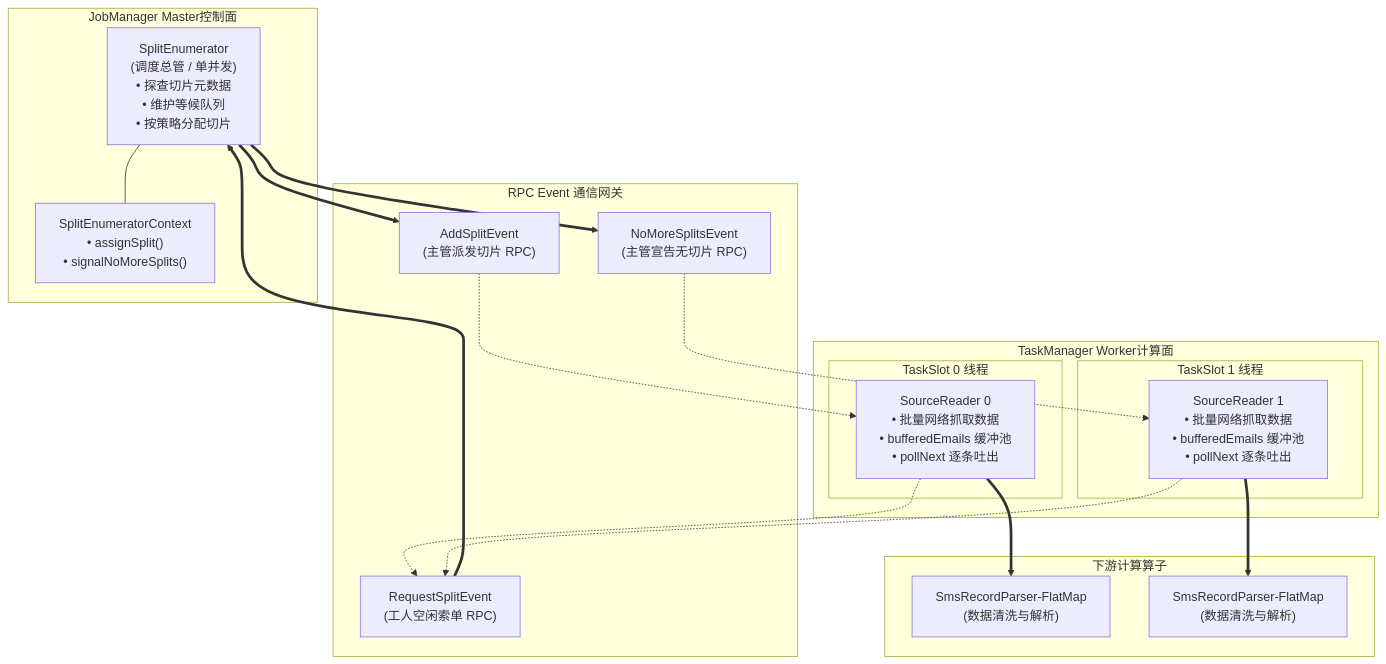
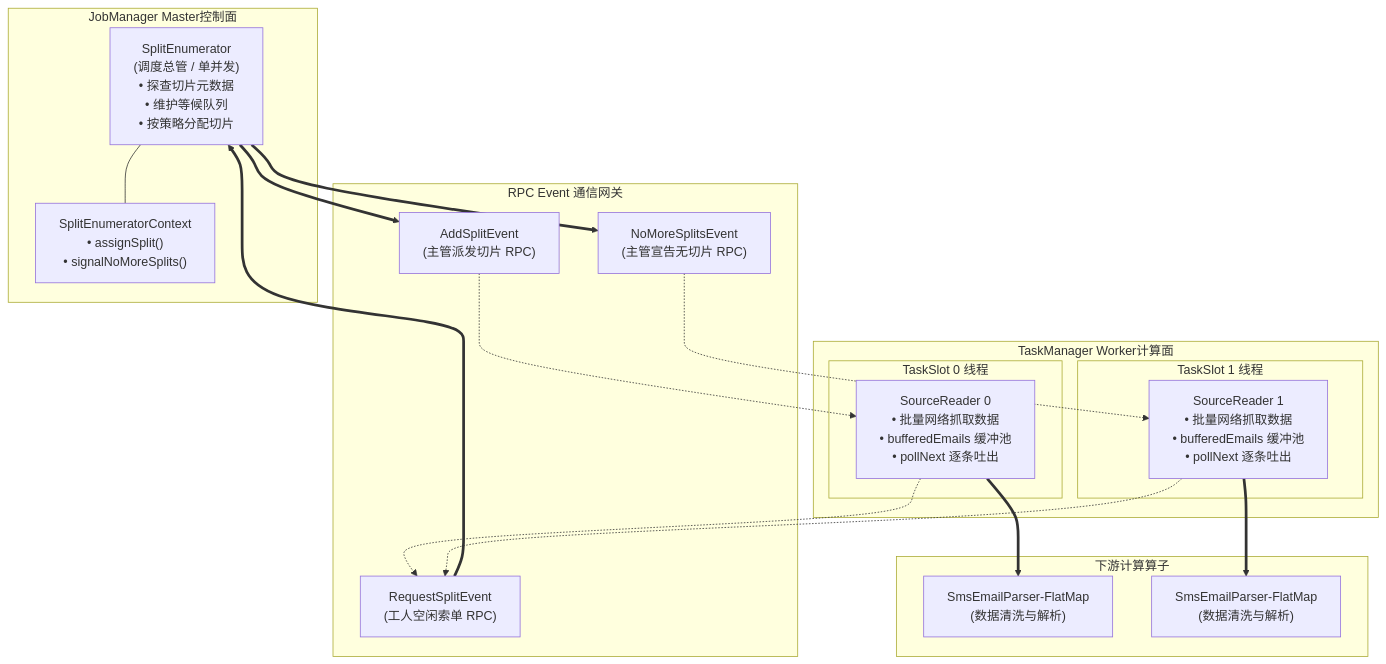
The first of 6 diagrams in docs/flink-flip27-ingestion-architecture-deep-dive.md (nvd11/sms-flink-etl), drawn with Mermaid before and after one commit. The commit also changed other lines of this file and 13 other files, not shown here.

Commit message:
refactor(transform): rename DemoEmailSubjectParser to SmsEmailParser and clean up legacy dead code

````diff
--- a/docs/flink-flip27-ingestion-architecture-deep-dive.md
+++ b/docs/flink-flip27-ingestion-architecture-deep-dive.md
@@ -17,42 +17,42 @@
 ```mermaid
 graph TB
     subgraph JM[JobManager Master控制面]
         Enumerator["SplitEnumerator<br/>(调度总管 / 单并发)<br/>• 探查切片元数据<br/>• 维护等候队列<br/>• 按策略分配切片"]
         CoordContext["SplitEnumeratorContext<br/>• assignSplit()<br/>• signalNoMoreSplits()"]
         Enumerator --- CoordContext
     end
 
     subgraph RPC[RPC Event 通信网关]
         ReqEvent["RequestSplitEvent<br/>(工人空闲索单 RPC)"]
         AddEvent["AddSplitEvent<br/>(主管派发切片 RPC)"]
         NoMoreEvent["NoMoreSplitsEvent<br/>(主管宣告无切片 RPC)"]
     end
 
     subgraph TM[TaskManager Worker计算面]
         subgraph Worker0[TaskSlot 0 线程]
             Reader0["SourceReader 0<br/>• 批量网络抓取数据<br/>• bufferedEmails 缓冲池<br/>• pollNext 逐条吐出"]
         end
         subgraph Worker1[TaskSlot 1 线程]
             Reader1["SourceReader 1<br/>• 批量网络抓取数据<br/>• bufferedEmails 缓冲池<br/>• pollNext 逐条吐出"]
         end
     end
 
     subgraph Downstream[下游计算算子]
-        Pipe0["SmsRecordParser-FlatMap<br/>(数据清洗与解析)"]
-        Pipe1["SmsRecordParser-FlatMap<br/>(数据清洗与解析)"]
+        Pipe0["SmsEmailParser-FlatMap<br/>(数据清洗与解析)"]
+        Pipe1["SmsEmailParser-FlatMap<br/>(数据清洗与解析)"]
     end
 
     %% 索单与派单流向
     Reader0 -.-> ReqEvent
     Reader1 -.-> ReqEvent
     ReqEvent ==> Enumerator
 
     Enumerator ==> AddEvent
     Enumerator ==> NoMoreEvent
 
     AddEvent -.-> Reader0
     NoMoreEvent -.-> Reader1
 
     Reader0 ==> Pipe0
     Reader1 ==> Pipe1
 ```
````
